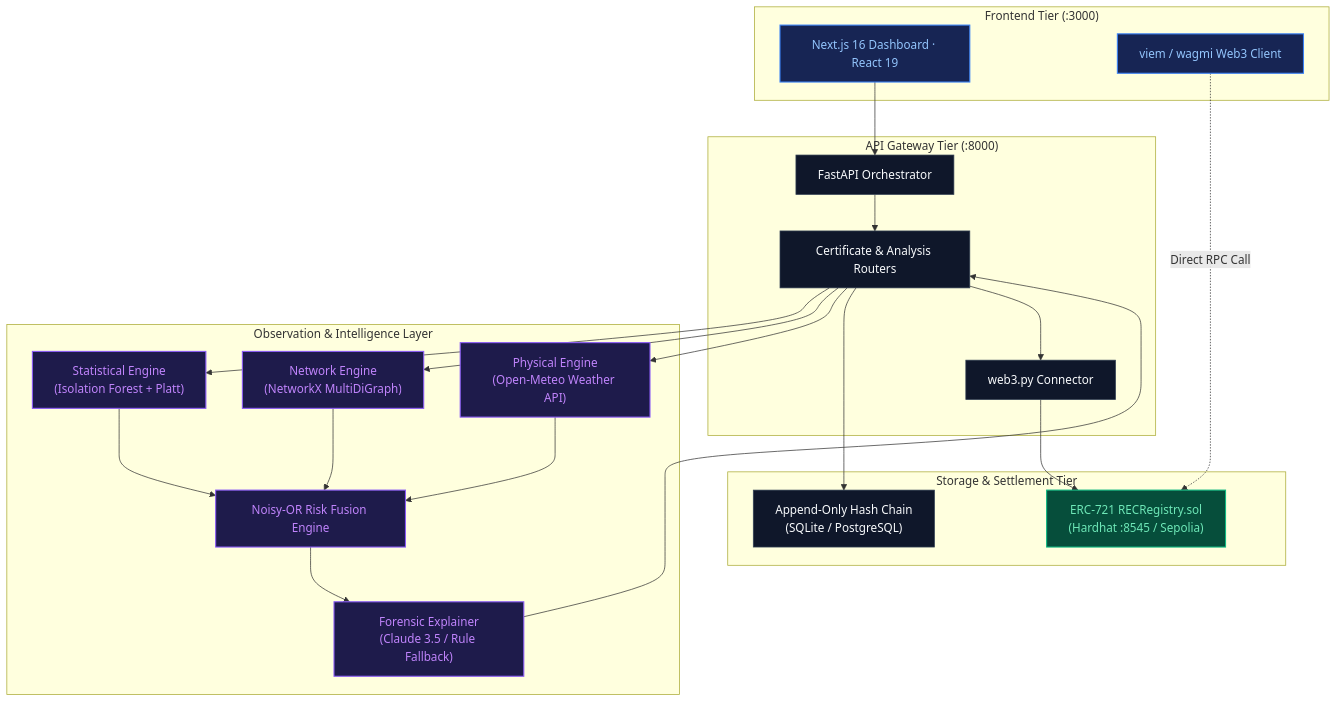
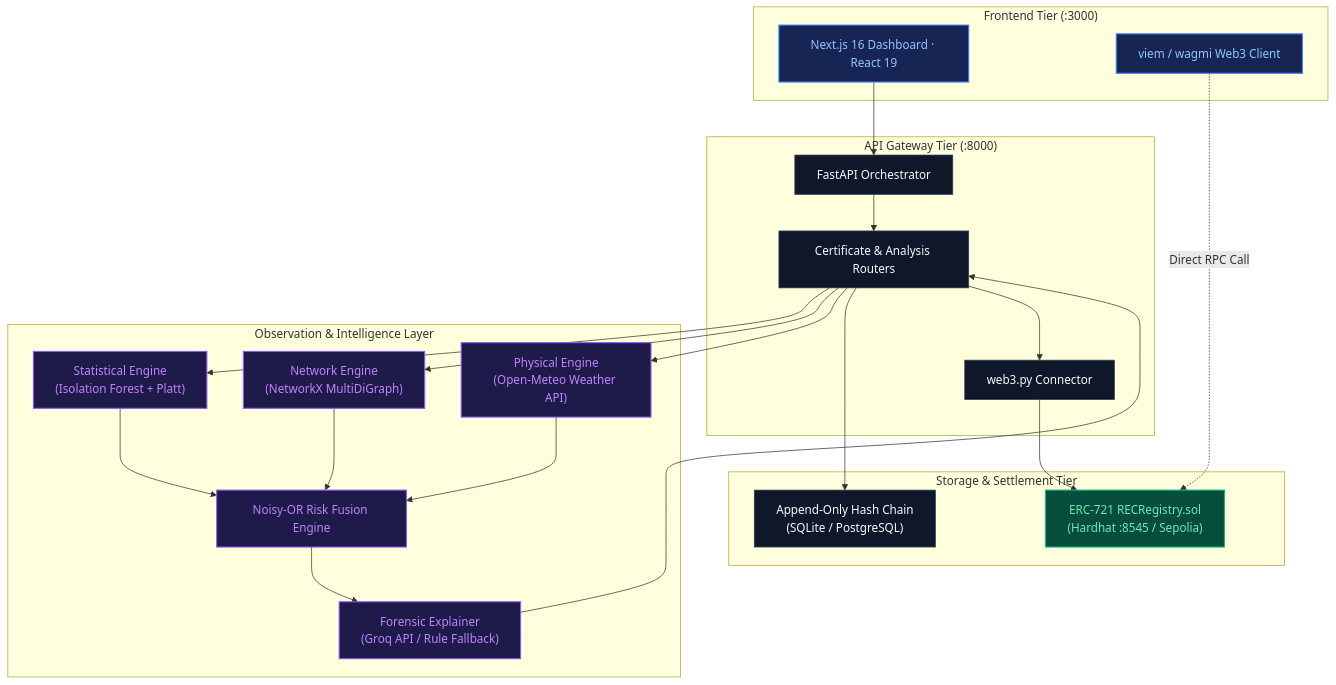
Before and after one commit to prathamkariya/RECON-REC-Observation-Network: the second of 2 diagrams in README.md, drawn with Mermaid. The commit also changed other lines of this file and 4 other files, not shown here.

Commit message:
docs: add architecture, workflow, and tech stack SVG diagrams and update README

````diff
--- a/README.md
+++ b/README.md
@@ -286,46 +286,46 @@
 ```mermaid
 graph TB
     subgraph Client ["Frontend Tier (:3000)"]
         UI["Next.js 16 Dashboard · React 19"]
         Wagmi["viem / wagmi Web3 Client"]
     end
 
     subgraph Gateway ["API Gateway Tier (:8000)"]
         API["FastAPI Orchestrator"]
         Router["Certificate & Analysis Routers"]
         Web3Client["web3.py Connector"]
     end
 
     subgraph Intelligence ["Observation & Intelligence Layer"]
         ML["Statistical Engine<br/>(Isolation Forest + Platt)"]
         Graph["Network Engine<br/>(NetworkX MultiDiGraph)"]
         Weather["Physical Engine<br/>(Open-Meteo Weather API)"]
         Fusion["Noisy-OR Risk Fusion Engine"]
-        Explain["Forensic Explainer<br/>(Claude 3.5 / Rule Fallback)"]
+        Explain["Forensic Explainer<br/>(Groq API / Rule Fallback)"]
     end
 
     subgraph Persistence ["Storage & Settlement Tier"]
         Ledger["Append-Only Hash Chain<br/>(SQLite / PostgreSQL)"]
         EVM["ERC-721 RECRegistry.sol<br/>(Hardhat :8545 / Sepolia)"]
     end
 
     UI --> API
     Wagmi -.->|"Direct RPC Call"| EVM
     API --> Router
     Router --> ML & Graph & Weather
     ML & Graph & Weather --> Fusion
     Fusion --> Explain
     Explain --> Router
     Router --> Ledger
     Router --> Web3Client
     Web3Client --> EVM
 
     classDef default fill:#0f172a,stroke:#334155,stroke-width:1px,color:#f8fafc;
     classDef client fill:#172554,stroke:#3b82f6,stroke-width:1.5px,color:#93c5fd;
     classDef engine fill:#1e1b4b,stroke:#8b5cf6,stroke-width:1.5px,color:#c084fc;
     classDef chain fill:#064e3b,stroke:#10b981,stroke-width:1.5px,color:#6ee7b7;
 
     class UI,Wagmi client;
     class ML,Graph,Weather,Fusion,Explain engine;
     class EVM chain;
 ```
````
